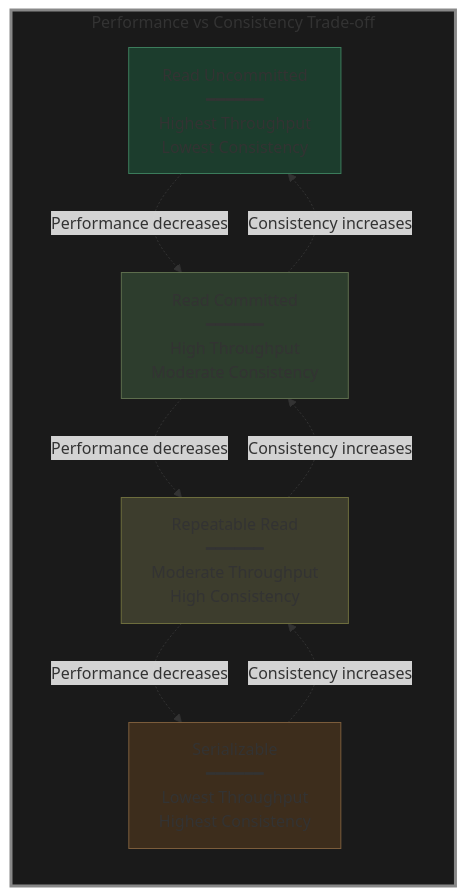
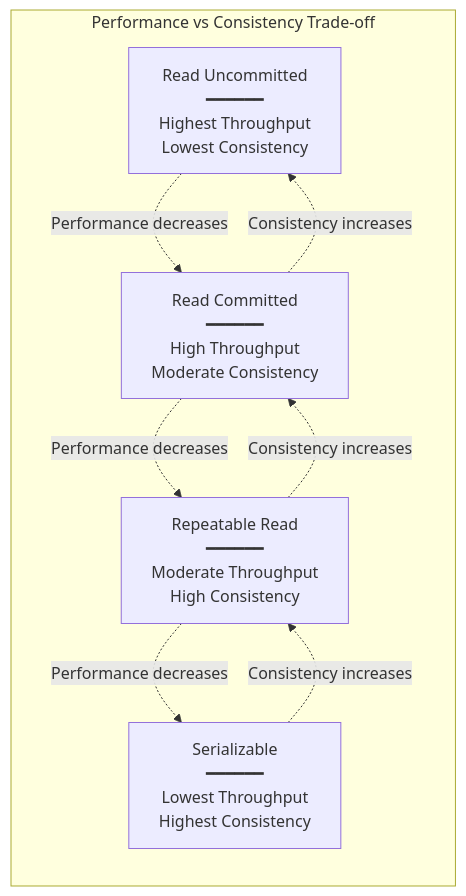
Before and after one commit to Yash-Kavaiya/The-System-Design-Masterclass: the ninth of 9 diagrams in system design beginner/6. Databse Isolation Levels.md, drawn with Mermaid. The commit also changed other lines of this file, not shown here.

````diff
--- a/system design beginner/6. Databse Isolation Levels.md
+++ b/system design beginner/6. Databse Isolation Levels.md
@@ -514,26 +495,21 @@
 ```mermaid
 graph LR
     subgraph Performance["Performance vs Consistency Trade-off"]
         P1[Read Uncommitted<br/>━━━━━━<br/>Highest Throughput<br/>Lowest Consistency]
         
         P2[Read Committed<br/>━━━━━━<br/>High Throughput<br/>Moderate Consistency]
         
         P3[Repeatable Read<br/>━━━━━━<br/>Moderate Throughput<br/>High Consistency]
         
         P4[Serializable<br/>━━━━━━<br/>Lowest Throughput<br/>Highest Consistency]
     end
     
     P1 -.->|Performance decreases| P2
     P2 -.->|Performance decreases| P3
     P3 -.->|Performance decreases| P4
     
     P4 -.->|Consistency increases| P3
     P3 -.->|Consistency increases| P2
     P2 -.->|Consistency increases| P1
     
-    style Performance fill:#1a1a1a,stroke:#888,stroke-width:3px
-    style P1 fill:#1c3d2d,stroke:#3c7c5c
-    style P2 fill:#2d3d2d,stroke:#5d6d4d
-    style P3 fill:#3d3d2d,stroke:#6d6d3d
-    style P4 fill:#3d2d1c,stroke:#7c5d3c
 ```
````
